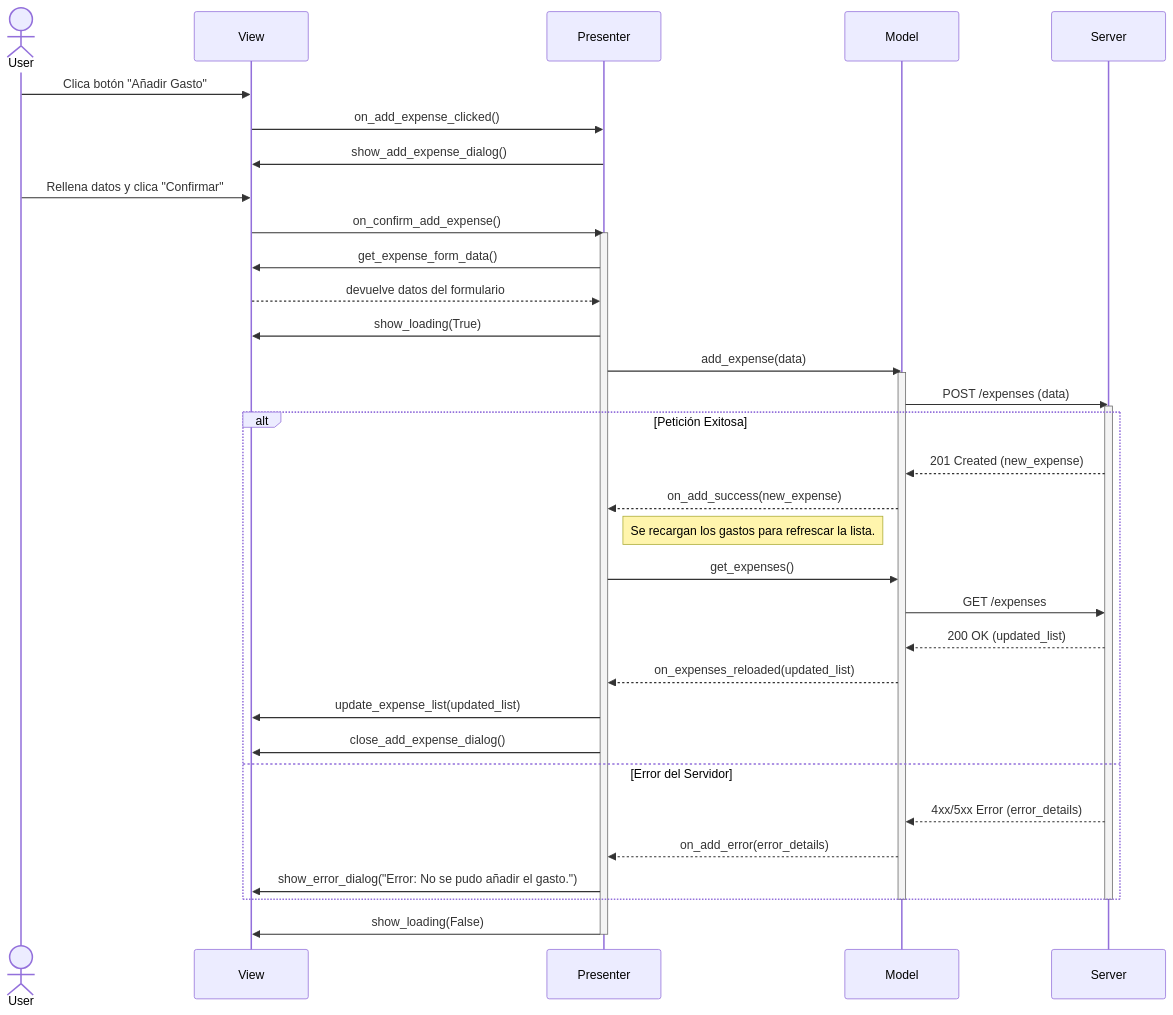
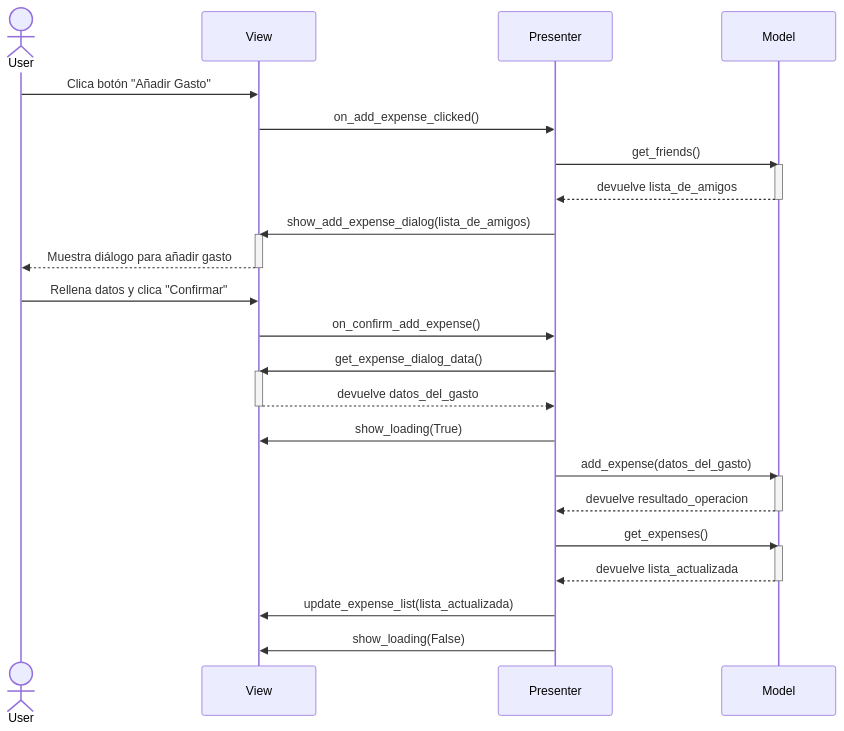
The second of 6 diagrams in diseño_sw.md (pablofernandezz/hmi-desktop-app), drawn with Mermaid before and after one commit. The commit also changed other lines of this file, not shown here.

````diff
--- a/diseño_sw.md
+++ b/diseño_sw.md
@@ -95,48 +96,43 @@
 ```mermaid
 sequenceDiagram
     actor User
     participant View
     participant Presenter
     participant Model
-    participant Server
 
     User->>View: Clica botón "Añadir Gasto"
     View->>Presenter: on_add_expense_clicked()
-    Presenter->>View: show_add_expense_dialog()
-
+    
+    Presenter->>Model: get_friends()
+    activate Model
+    Model-->>Presenter: devuelve lista_de_amigos
+    deactivate Model
+    
+    Presenter->>View: show_add_expense_dialog(lista_de_amigos)
+    activate View
+    View-->>User: Muestra diálogo para añadir gasto
+    deactivate View
+    
     User->>View: Rellena datos y clica "Confirmar"
     View->>Presenter: on_confirm_add_expense()
-    activate Presenter
-    Presenter->>View: get_expense_form_data()
-    View-->>Presenter: devuelve datos del formulario
+    
+    Presenter->>View: get_expense_dialog_data()
+    activate View
+    View-->>Presenter: devuelve datos_del_gasto
+    deactivate View
+    
     Presenter->>View: show_loading(True)
-
-    Presenter->>Model: add_expense(data)
+    
+    Presenter->>Model: add_expense(datos_del_gasto)
     activate Model
-    Model->>Server: POST /expenses (data)
-    activate Server
-
-    alt Petición Exitosa
-        Server-->>Model: 201 Created (new_expense)
-        Model-->>Presenter: on_add_success(new_expense)
-        
-        Note right of Presenter: Se recargan los gastos para refrescar la lista.
-        Presenter->>Model: get_expenses()
-        Model->>Server: GET /expenses
-        Server-->>Model: 200 OK (updated_list)
-        Model-->>Presenter: on_expenses_reloaded(updated_list)
-        
-        Presenter->>View: update_expense_list(updated_list)
-        Presenter->>View: close_add_expense_dialog()
-
-    else Error del Servidor
-        Server-->>Model: 4xx/5xx Error (error_details)
-        Model-->>Presenter: on_add_error(error_details)
-        Presenter->>View: show_error_dialog("Error: No se pudo añadir el gasto.")
-    end
-    deactivate Server
+    Model-->>Presenter: devuelve resultado_operacion
     deactivate Model
-
+    
+    Presenter->>Model: get_expenses()
+    activate Model
+    Model-->>Presenter: devuelve lista_actualizada
+    deactivate Model
+    
+    Presenter->>View: update_expense_list(lista_actualizada)
     Presenter->>View: show_loading(False)
-    deactivate Presenter
 ```
````
